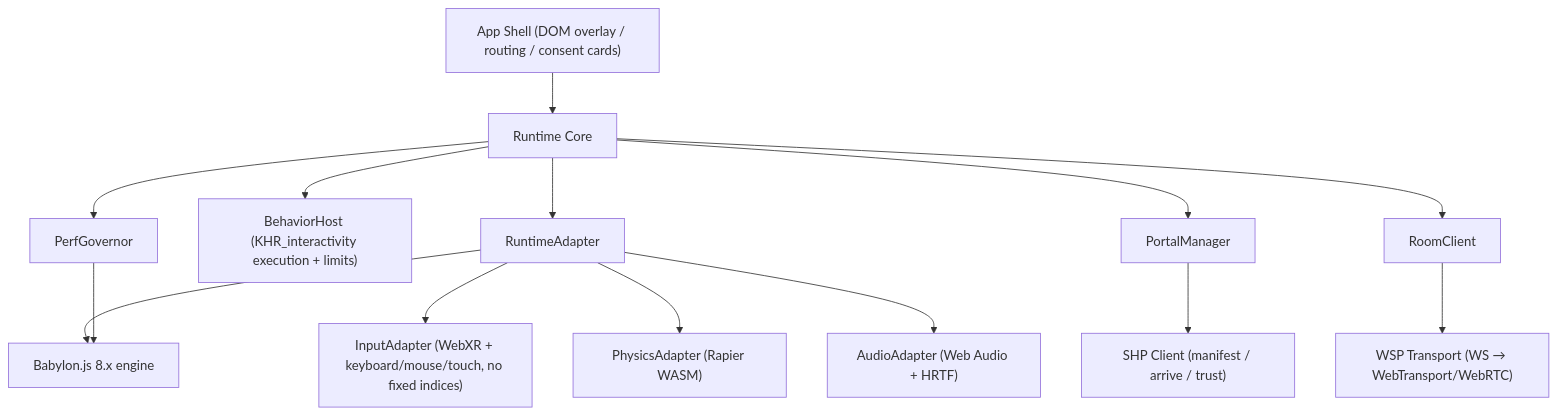
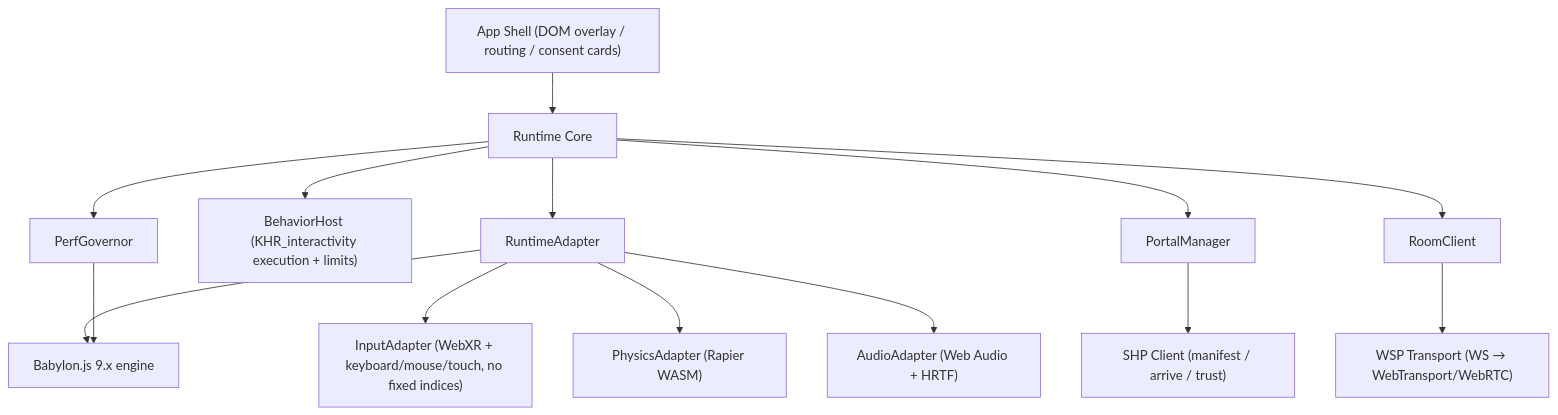
One commit to haeliotang/choroweave changed the third of 4 diagrams in docs/en/03-architecture.md. Above: the diagram before and after it, drawn with Mermaid. The commit also changed other lines of this file and 30 other files, not shown here.

````diff
--- a/docs/en/03-architecture.md
+++ b/docs/en/03-architecture.md
@@ -228,16 +228,16 @@
 ```mermaid
 flowchart TB
   SHELL["App Shell (DOM overlay / routing / consent cards)"] --> CORE["Runtime Core"]
   CORE --> ADAPTER["RuntimeAdapter"]
-  ADAPTER --> BAB["Babylon.js 8.x engine"]
+  ADAPTER --> BAB["Babylon.js 9.x engine"]
   ADAPTER --> INPUT["InputAdapter (WebXR + keyboard/mouse/touch, no fixed indices)"]
   ADAPTER --> PHYS["PhysicsAdapter (Rapier WASM)"]
   ADAPTER --> AUDIO["AudioAdapter (Web Audio + HRTF)"]
   CORE --> BEHAV["BehaviorHost (KHR_interactivity execution + limits)"]
   CORE --> PM["PortalManager"]
   CORE --> RC["RoomClient"]
   CORE --> PG["PerfGovernor"]
   RC --> WSPT["WSP Transport (WS → WebTransport/WebRTC)"]
   PM --> SHP["SHP Client (manifest / arrive / trust)"]
   PG --> BAB
 ```
````
